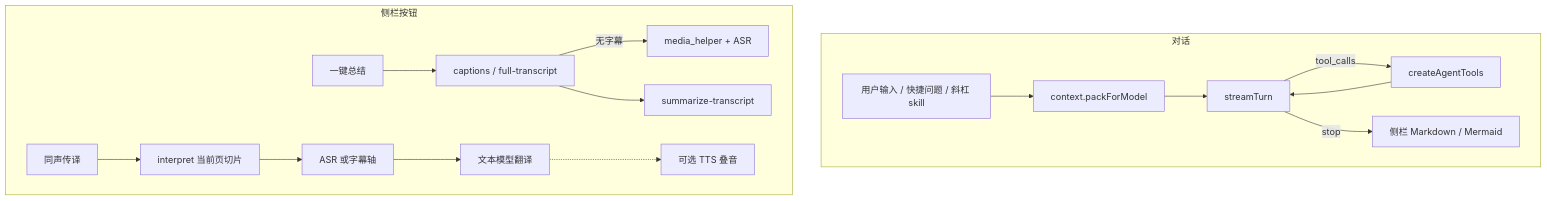
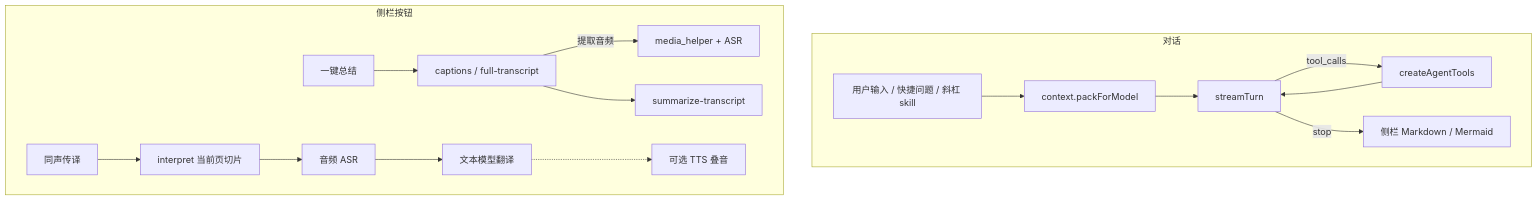
The third of 3 diagrams in README.md (magele758/open-chrome-ai), drawn with Mermaid before and after one commit. The commit also changed other lines of this file and 38 other files, not shown here.

````diff
--- a/README.md
+++ b/README.md
@@ -360,20 +365,20 @@
 ```mermaid
 flowchart TB
   subgraph chat [对话]
     In[用户输入 / 快捷问题 / 斜杠 skill] --> Prep[context.packForModel]
     Prep --> Model[streamTurn]
     Model -->|tool_calls| Tools[createAgentTools]
     Tools --> Model
     Model -->|stop| Out[侧栏 Markdown / Mermaid]
   end
 
   subgraph video [侧栏按钮]
     SumBtn[一键总结] --> Caps2[captions / full-transcript]
-    Caps2 -->|无字幕| Helper[media_helper + ASR]
+    Caps2 -->|提取音频| Helper[media_helper + ASR]
     Caps2 --> Sum[summarize-transcript]
     SiBtn[同声传译] --> Live[interpret 当前页切片]
-    Live --> Asr2[ASR 或字幕轴]
+    Live --> Asr2[音频 ASR]
     Asr2 --> Zh[文本模型翻译]
     Zh -.-> Tts2[可选 TTS 叠音]
   end
 ```
````
